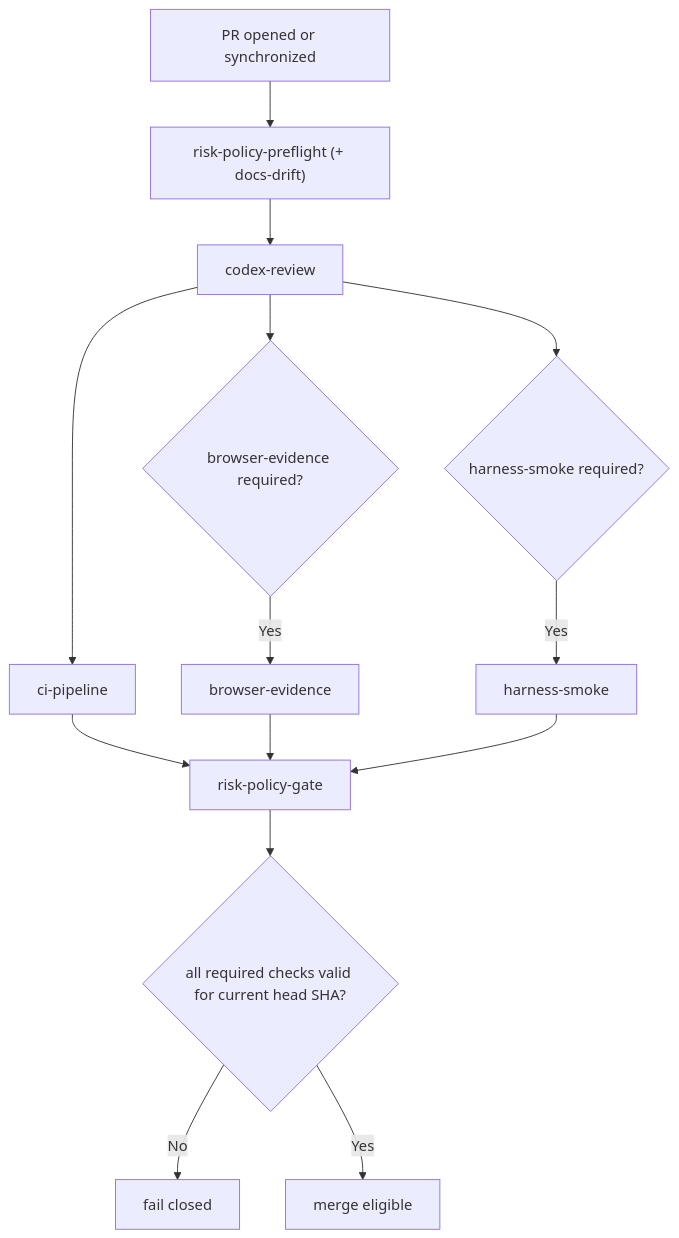
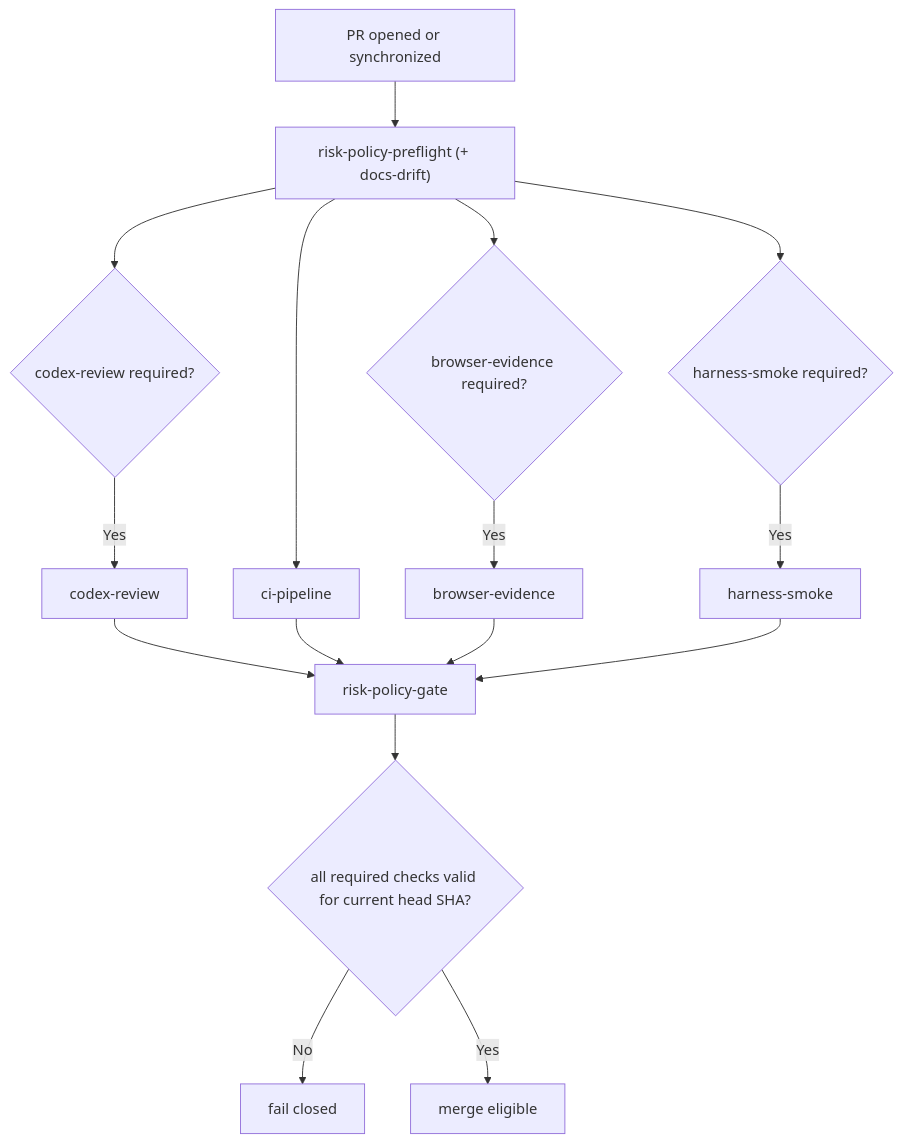
The diagram in docs/merge-policy.md (glcsolutions-ca/compass), drawn with Mermaid before and after one commit. The commit also changed other lines of this file and 6 other files, not shown here.

Commit message:
ci: simplify risk lanes and make review gating policy-driven

````diff
--- a/docs/merge-policy.md
+++ b/docs/merge-policy.md
@@ -96,16 +107,18 @@
 ```mermaid
 flowchart TD
   A["PR opened or synchronized"] --> B["risk-policy-preflight (+ docs-drift)"]
-  B --> D["codex-review"]
-  D --> E["ci-pipeline"]
-  D --> F{"browser-evidence required?"}
-  D --> G{"harness-smoke required?"}
+  B --> D{"codex-review required?"}
+  D -- Yes --> DR["codex-review"]
+  B --> E["ci-pipeline"]
+  B --> F{"browser-evidence required?"}
+  B --> G{"harness-smoke required?"}
   F -- Yes --> H["browser-evidence"]
   G -- Yes --> I["harness-smoke"]
+  DR --> J["risk-policy-gate"]
   E --> J["risk-policy-gate"]
   H --> J
   I --> J
   J --> K{"all required checks valid for current head SHA?"}
   K -- No --> X["fail closed"]
   K -- Yes --> M["merge eligible"]
 ```
````
